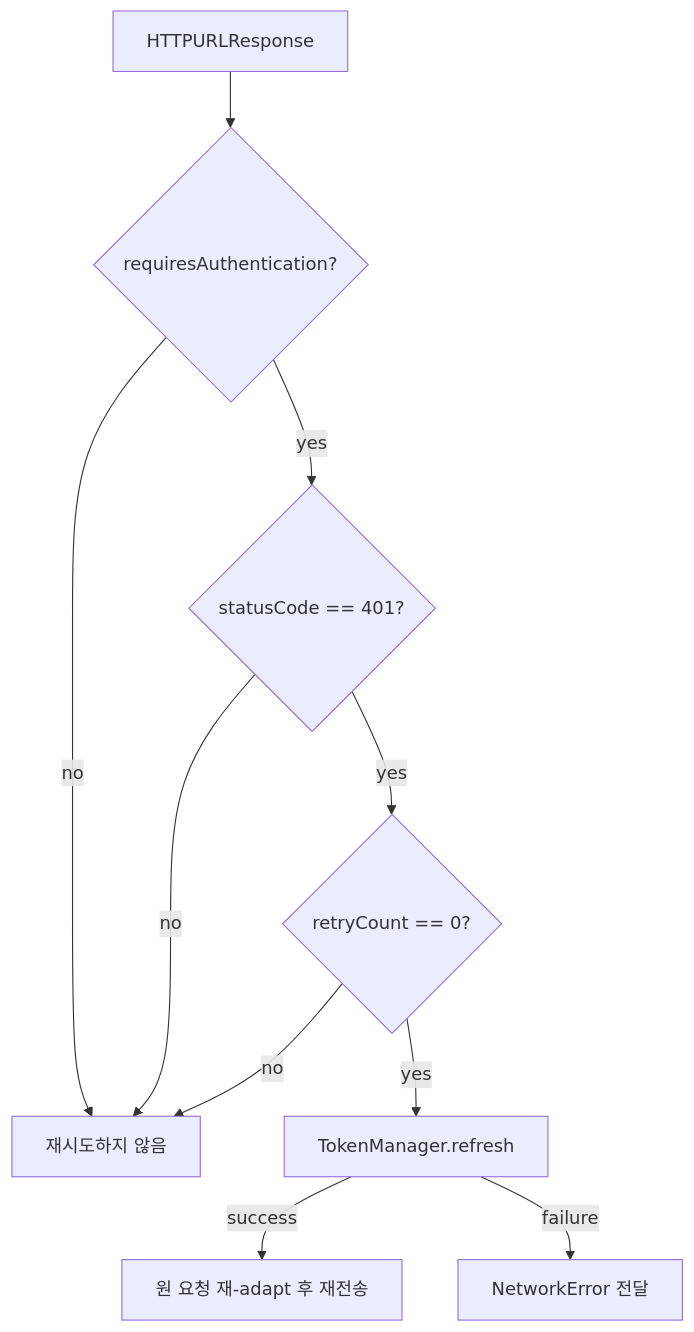
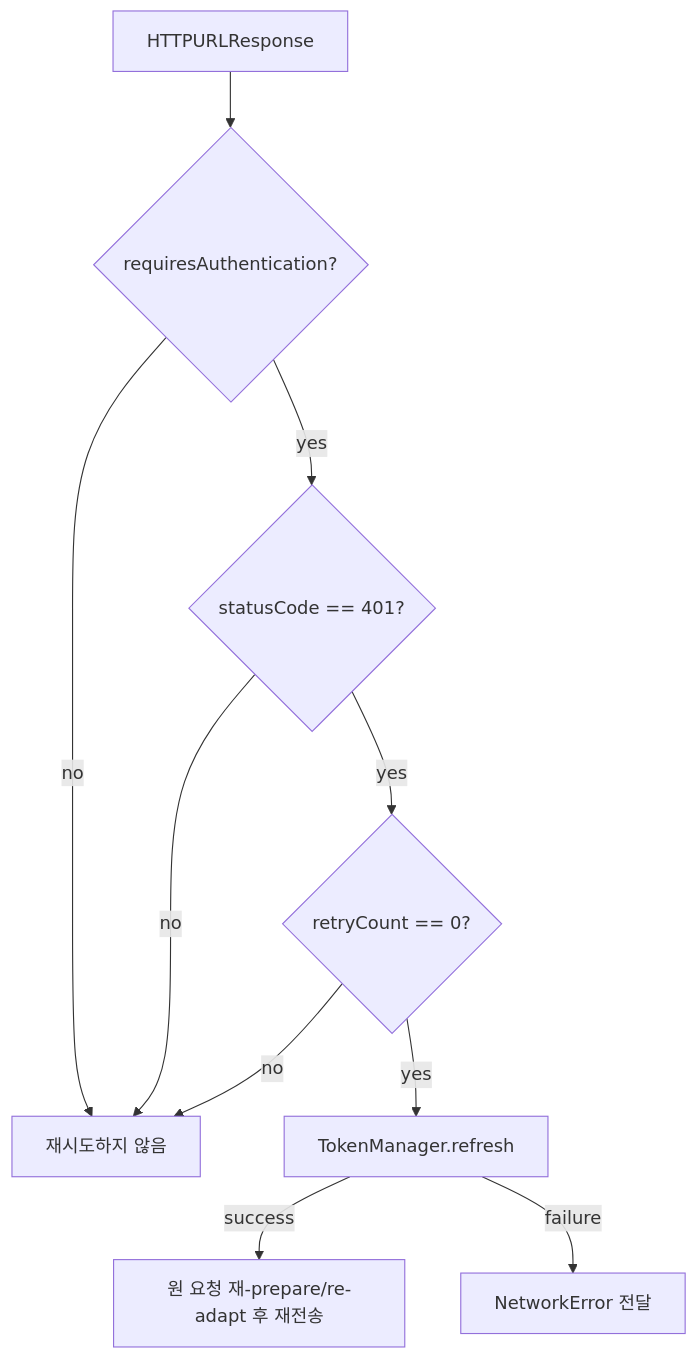
Before and after one commit to mediunn/Livith-iOS: the fifth of 8 diagrams in Projects/LivithNetworking/README.md, drawn with Mermaid. The commit also changed other lines of this file and 7 other files, not shown here.

````diff
--- a/Projects/LivithNetworking/README.md
+++ b/Projects/LivithNetworking/README.md
@@ -178,21 +200,21 @@
 ```mermaid
 flowchart TD
     Response[HTTPURLResponse]
     Auth{requiresAuthentication?}
     Status{statusCode == 401?}
     Count{retryCount == 0?}
     Refresh[TokenManager.refresh]
-    Retry[원 요청 재-adapt 후 재전송]
+    Retry[원 요청 재-prepare/re-adapt 후 재전송]
     NoRetry[재시도하지 않음]
     Failure[NetworkError 전달]
 
     Response --> Auth
     Auth -- no --> NoRetry
     Auth -- yes --> Status
     Status -- no --> NoRetry
     Status -- yes --> Count
     Count -- no --> NoRetry
     Count -- yes --> Refresh
     Refresh -- success --> Retry
     Refresh -- failure --> Failure
 ```
````
